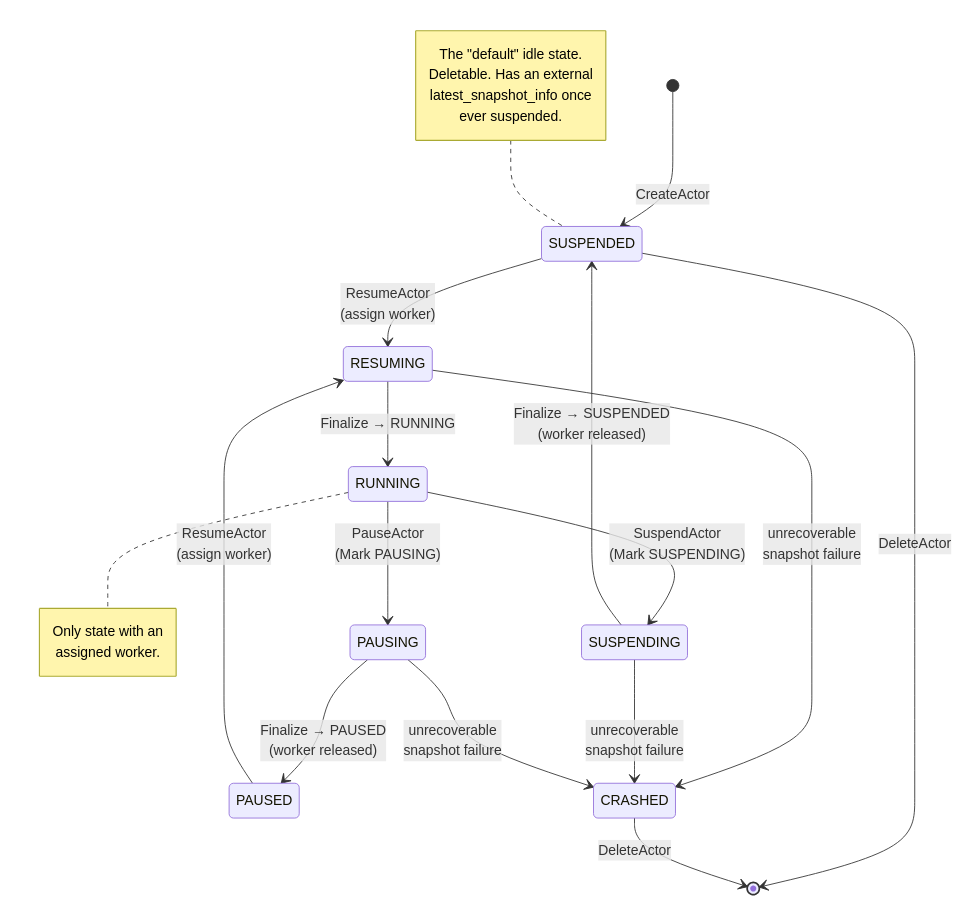
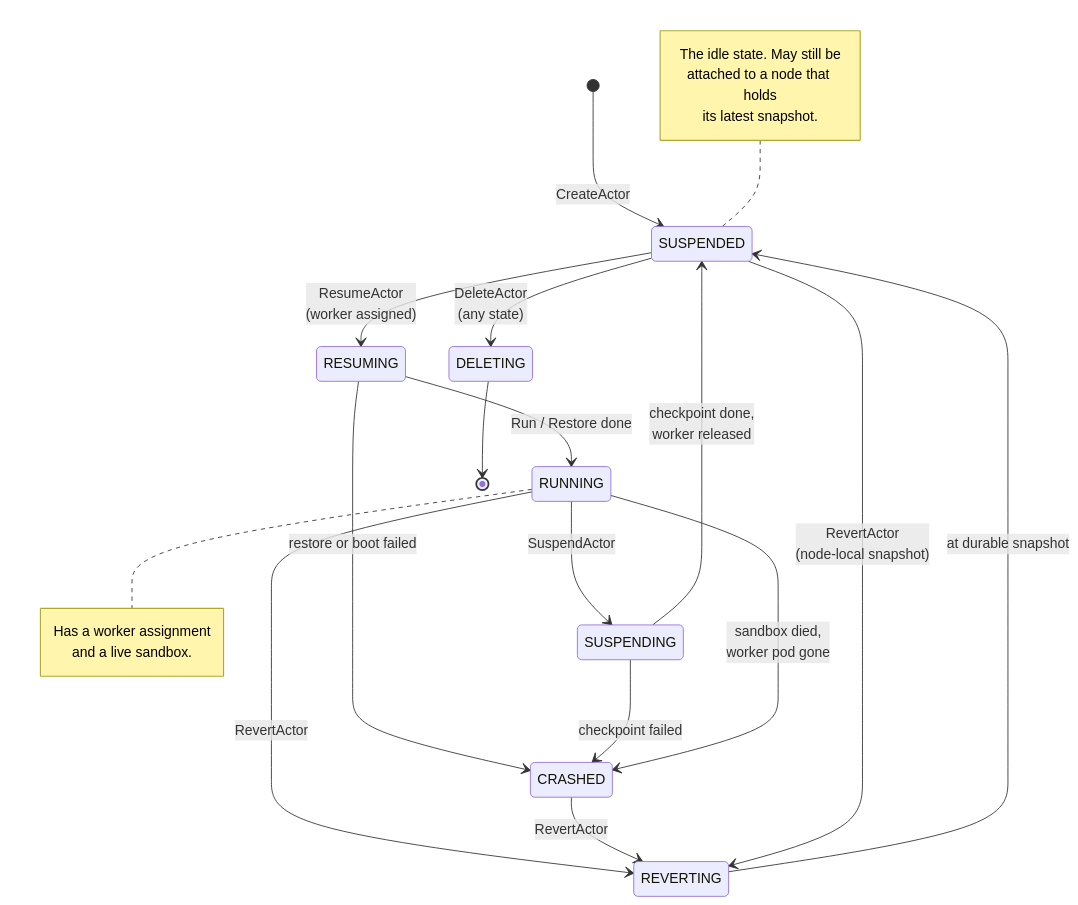
Before and after one commit to christian-posta/substrate: the first of 2 diagrams in atlas/src/content/docs/flows/actor-lifecycle.mdx, drawn with Mermaid. The commit also changed other lines of this file and 34 other files, not shown here.

````diff
--- a/atlas/src/content/docs/flows/actor-lifecycle.mdx
+++ b/atlas/src/content/docs/flows/actor-lifecycle.mdx
@@ -22,29 +16,31 @@
 ```mermaid
 stateDiagram-v2
   [*] --> SUSPENDED: CreateActor
-  SUSPENDED --> RESUMING: ResumeActor<br/>(assign worker)
-  PAUSED --> RESUMING: ResumeActor<br/>(assign worker)
-  RESUMING --> RUNNING: Finalize → RUNNING
-  RUNNING --> SUSPENDING: SuspendActor<br/>(Mark SUSPENDING)
-  SUSPENDING --> SUSPENDED: Finalize → SUSPENDED<br/>(worker released)
-  RUNNING --> PAUSING: PauseActor<br/>(Mark PAUSING)
-  PAUSING --> PAUSED: Finalize → PAUSED<br/>(worker released)
-  SUSPENDED --> [*]: DeleteActor
-  CRASHED --> [*]: DeleteActor
+  SUSPENDED --> RESUMING: ResumeActor<br/>(worker assigned)
+  RESUMING --> RUNNING: Run / Restore done
+  RUNNING --> SUSPENDING: SuspendActor
+  SUSPENDING --> SUSPENDED: checkpoint done,<br/>worker released
 
-  RESUMING --> CRASHED: unrecoverable<br/>snapshot failure
-  SUSPENDING --> CRASHED: unrecoverable<br/>snapshot failure
-  PAUSING --> CRASHED: unrecoverable<br/>snapshot failure
+  RESUMING --> CRASHED: restore or boot failed
+  SUSPENDING --> CRASHED: checkpoint failed
+  RUNNING --> CRASHED: sandbox died,<br/>worker pod gone
+
+  RUNNING --> REVERTING: RevertActor
+  CRASHED --> REVERTING: RevertActor
+  SUSPENDED --> REVERTING: RevertActor<br/>(node-local snapshot)
+  REVERTING --> SUSPENDED: at durable snapshot
+
+  SUSPENDED --> DELETING: DeleteActor<br/>(any state)
+  DELETING --> [*]
 
   note right of RUNNING
-    Only state with an
-    assigned worker.
+    Has a worker assignment
+    and a live sandbox.
   end note
 
   note left of SUSPENDED
-    The "default" idle state.
-    Deletable. Has an external
-    latest_snapshot_info once
-    ever suspended.
+    The idle state. May still be
+    attached to a node that holds
+    its latest snapshot.
   end note
 ```
````
